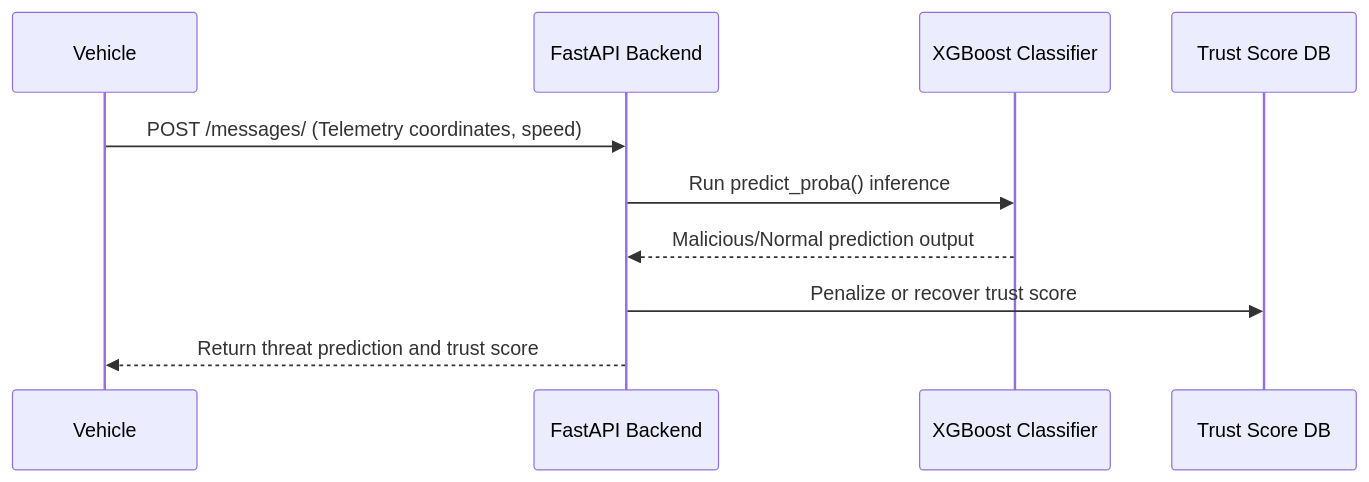
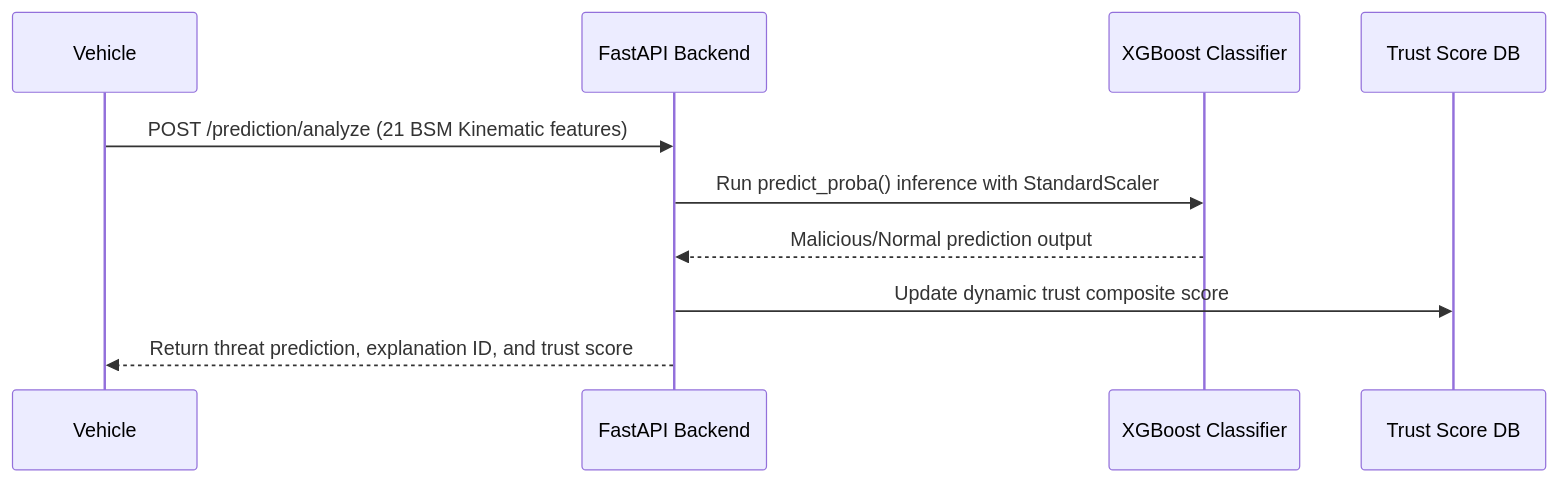
One commit to faay-102/VANET changed the third of 6 diagrams in README.md. Above: the diagram before and after it, drawn with Mermaid. The commit also changed 5 other files, not shown here.

````diff
--- a/README.md
+++ b/README.md
@@ -138,13 +138,13 @@
 ```mermaid
 sequenceDiagram
     participant V as Vehicle
     participant API as FastAPI Backend
     participant ML as XGBoost Classifier
     participant TS as Trust Score DB
 
-    V->>API: POST /messages/ (Telemetry coordinates, speed)
-    API->>ML: Run predict_proba() inference
+    V->>API: POST /prediction/analyze (21 BSM Kinematic features)
+    API->>ML: Run predict_proba() inference with StandardScaler
     ML-->>API: Malicious/Normal prediction output
-    API->>TS: Penalize or recover trust score
-    API-->>V: Return threat prediction and trust score
+    API->>TS: Update dynamic trust composite score
+    API-->>V: Return threat prediction, explanation ID, and trust score
 ```
````
